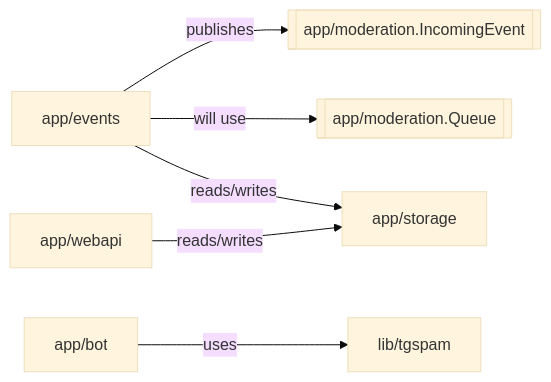
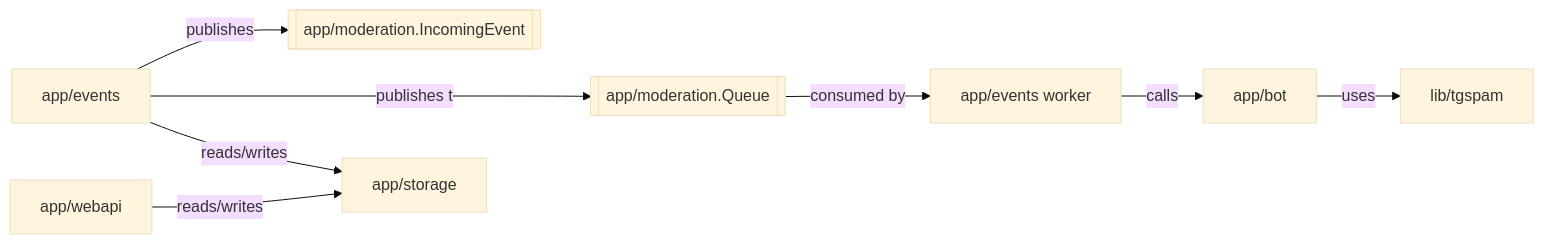
The second of 3 diagrams in docs/Architecture.md (redstone-md/shield), drawn with Mermaid (base theme) before and after one commit. The commit also changed other lines of this file and 7 other files, not shown here.

Commit message:
feat: route listener events through internal queue

````diff
--- a/docs/Architecture.md
+++ b/docs/Architecture.md
@@ -51,16 +51,19 @@
 ```mermaid
 flowchart LR
   Gateway[app/events]
   Queue[[app/moderation.Queue]]
   Event[[app/moderation.IncomingEvent]]
+  Worker[app/events worker]
   Detection[app/bot]
   DetectorLib[lib/tgspam]
   Storage[app/storage]
   WebAPI[app/webapi]
 
   Gateway --publishes--> Event
-  Gateway --will use--> Queue
+  Gateway --publishes to--> Queue
+  Queue --consumed by--> Worker
+  Worker --calls--> Detection
   Detection --uses--> DetectorLib
   Gateway --reads/writes--> Storage
   WebAPI --reads/writes--> Storage
 ```
````
